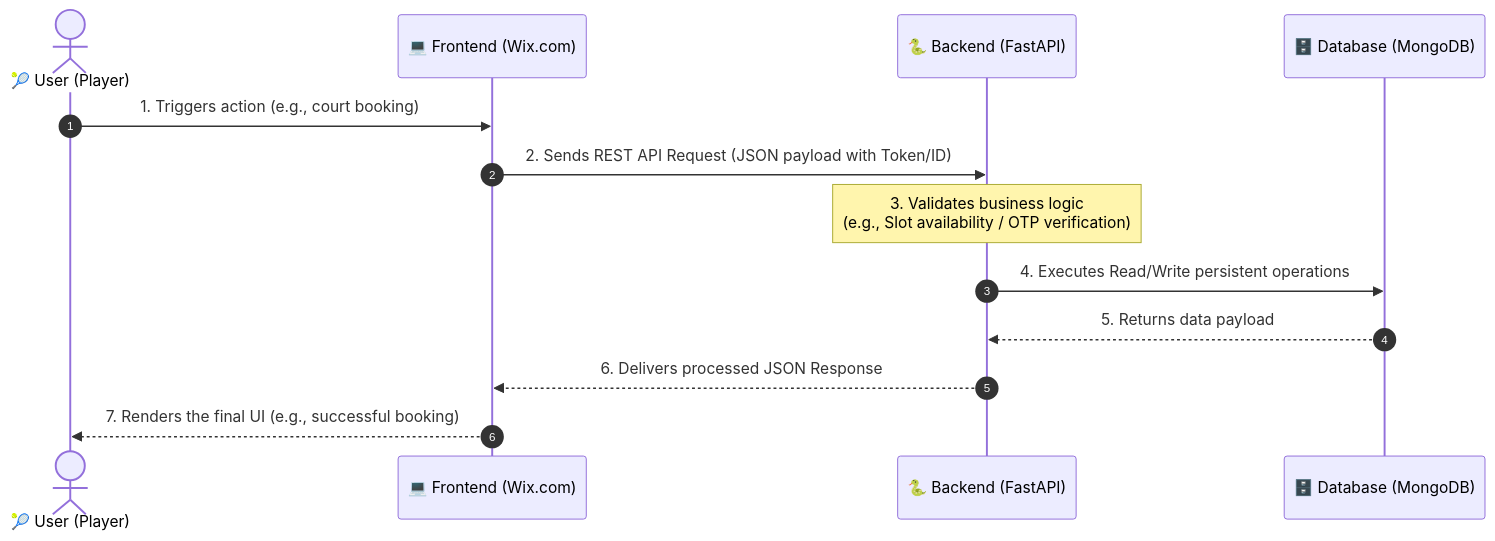
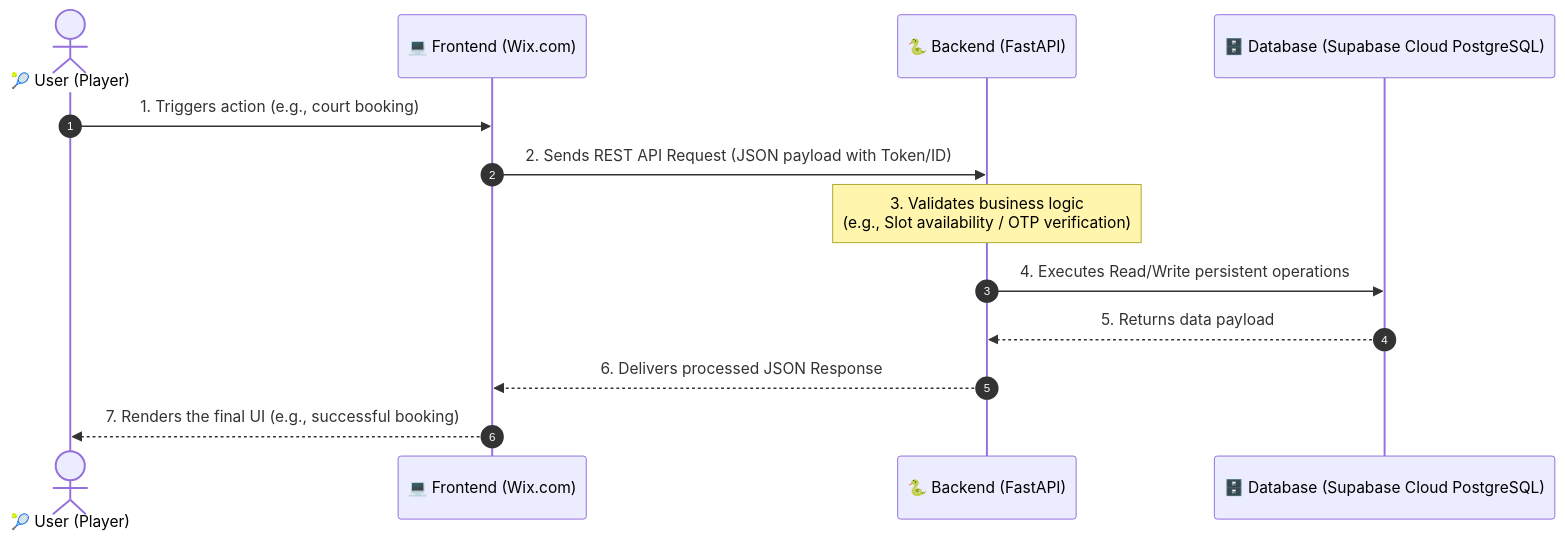
Before and after one commit to Mike0165115321/ALM-X-IMPACT-Tennis: the diagram in agent.md, drawn with Mermaid. The commit also changed other lines of this file and 16 other files, not shown here.

````diff
--- a/agent.md
+++ b/agent.md
@@ -15,16 +15,16 @@
 ```mermaid
 sequenceDiagram
     autonumber
     actor Player as 🎾 User (Player)
     participant Wix as 💻 Frontend (Wix.com)
     participant API as 🐍 Backend (FastAPI)
-    participant DB as 🗄️ Database (MongoDB)
+    participant DB as 🗄️ Database (Supabase Cloud PostgreSQL)
 
     Player->>Wix: 1. Triggers action (e.g., court booking)
     Wix->>API: 2. Sends REST API Request (JSON payload with Token/ID)
     Note over API: 3. Validates business logic<br/>(e.g., Slot availability / OTP verification)
     API->>DB: 4. Executes Read/Write persistent operations
     DB-->>API: 5. Returns data payload
     API-->>Wix: 6. Delivers processed JSON Response
     Wix-->>Player: 7. Renders the final UI (e.g., successful booking)
 ```
````
